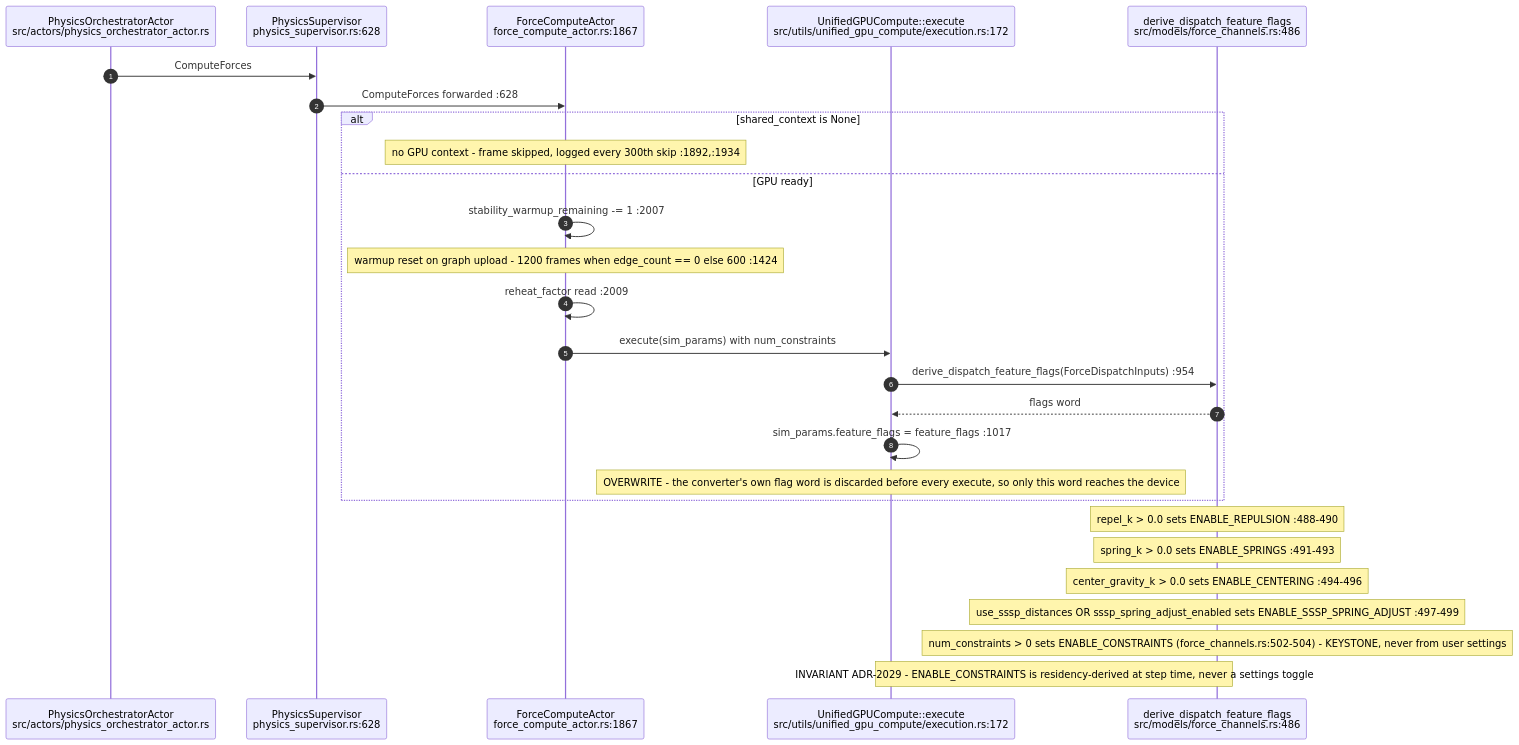
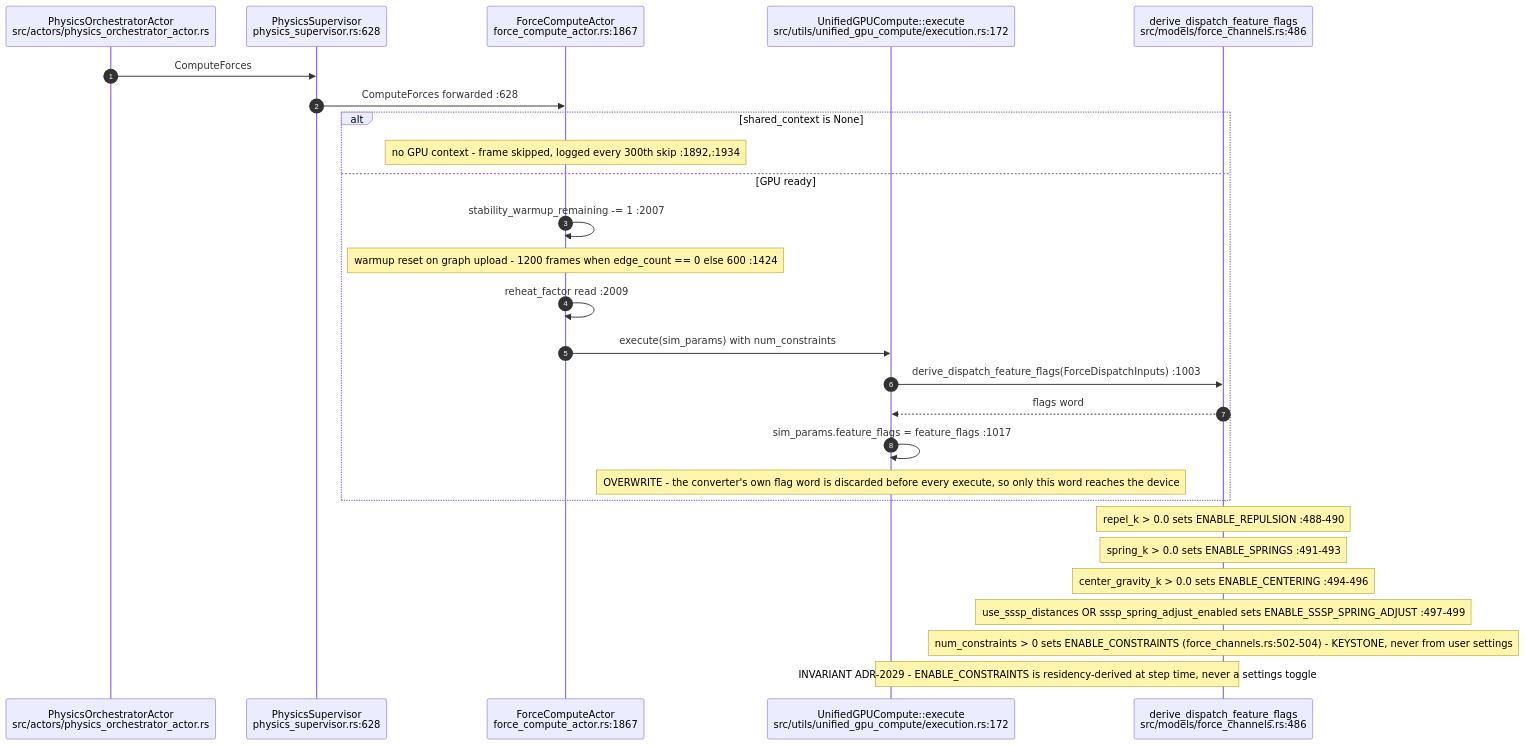
One commit to DreamLab-AI/VisionFlow changed the first of 8 diagrams in docs/diagrams/visionclaw/11-physics-step-and-force-channels.md. Above: the diagram before and after it, drawn with Mermaid. The commit also changed other lines of this file and 136 other files, not shown here.

First line of the commit message:
docs(diagrams): refresh the whole corpus to code HEAD and prune low-value diagrams

````diff
--- a/docs/diagrams/visionclaw/11-physics-step-and-force-channels.md
+++ b/docs/diagrams/visionclaw/11-physics-step-and-force-channels.md
@@ -32,30 +30,30 @@
 ```mermaid
 sequenceDiagram
     autonumber
     participant PO as PhysicsOrchestratorActor<br/>src/actors/physics_orchestrator_actor.rs
     participant PS as PhysicsSupervisor<br/>physics_supervisor.rs:628
     participant FCA as ForceComputeActor<br/>force_compute_actor.rs:1867
     participant EX as UnifiedGPUCompute::execute<br/>src/utils/unified_gpu_compute/execution.rs:172
     participant FC as derive_dispatch_feature_flags<br/>src/models/force_channels.rs:486
 
     PO->>PS: ComputeForces
     PS->>FCA: ComputeForces forwarded :628
     alt shared_context is None
         Note over FCA: no GPU context - frame skipped, logged every 300th skip :1892,:1934
     else GPU ready
         FCA->>FCA: stability_warmup_remaining -= 1 :2007
         Note over FCA: warmup reset on graph upload - 1200 frames when edge_count == 0 else 600 :1424
         FCA->>FCA: reheat_factor read :2009
         FCA->>EX: execute(sim_params) with num_constraints
-        EX->>FC: derive_dispatch_feature_flags(ForceDispatchInputs) :954
+        EX->>FC: derive_dispatch_feature_flags(ForceDispatchInputs) :1003
         FC-->>EX: flags word
         EX->>EX: sim_params.feature_flags = feature_flags :1017
         Note over EX: OVERWRITE - the converter's own flag word is discarded before every execute, so only this word reaches the device
     end
     Note over FC: repel_k > 0.0 sets ENABLE_REPULSION :488-490
     Note over FC: spring_k > 0.0 sets ENABLE_SPRINGS :491-493
     Note over FC: center_gravity_k > 0.0 sets ENABLE_CENTERING :494-496
     Note over FC: use_sssp_distances OR sssp_spring_adjust_enabled sets ENABLE_SSSP_SPRING_ADJUST :497-499
     Note over FC: num_constraints > 0 sets ENABLE_CONSTRAINTS (force_channels.rs:502-504) - KEYSTONE, never from user settings
     Note over EX,FC: INVARIANT ADR-2029 - ENABLE_CONSTRAINTS is residency-derived at step time, never a settings toggle
 ```
````
